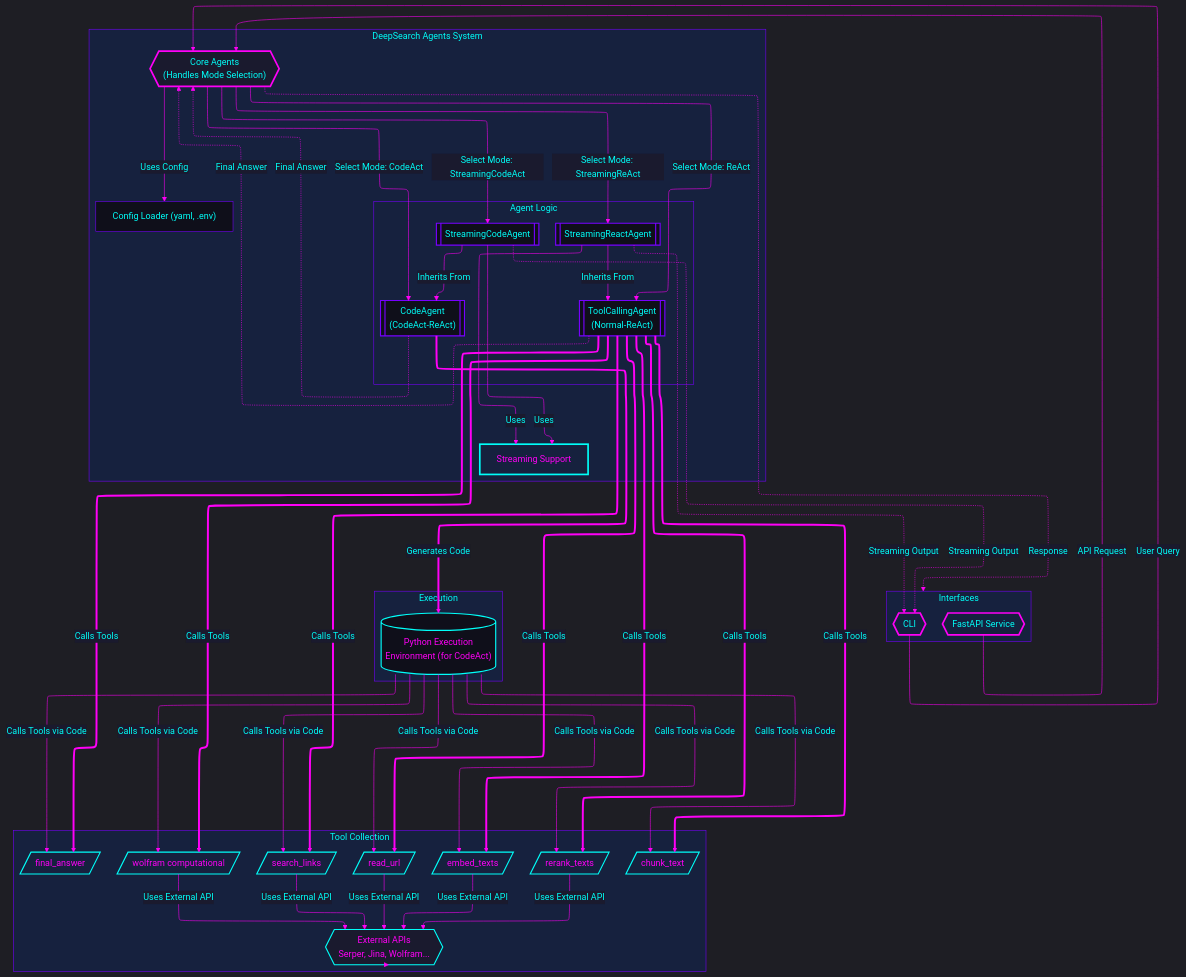
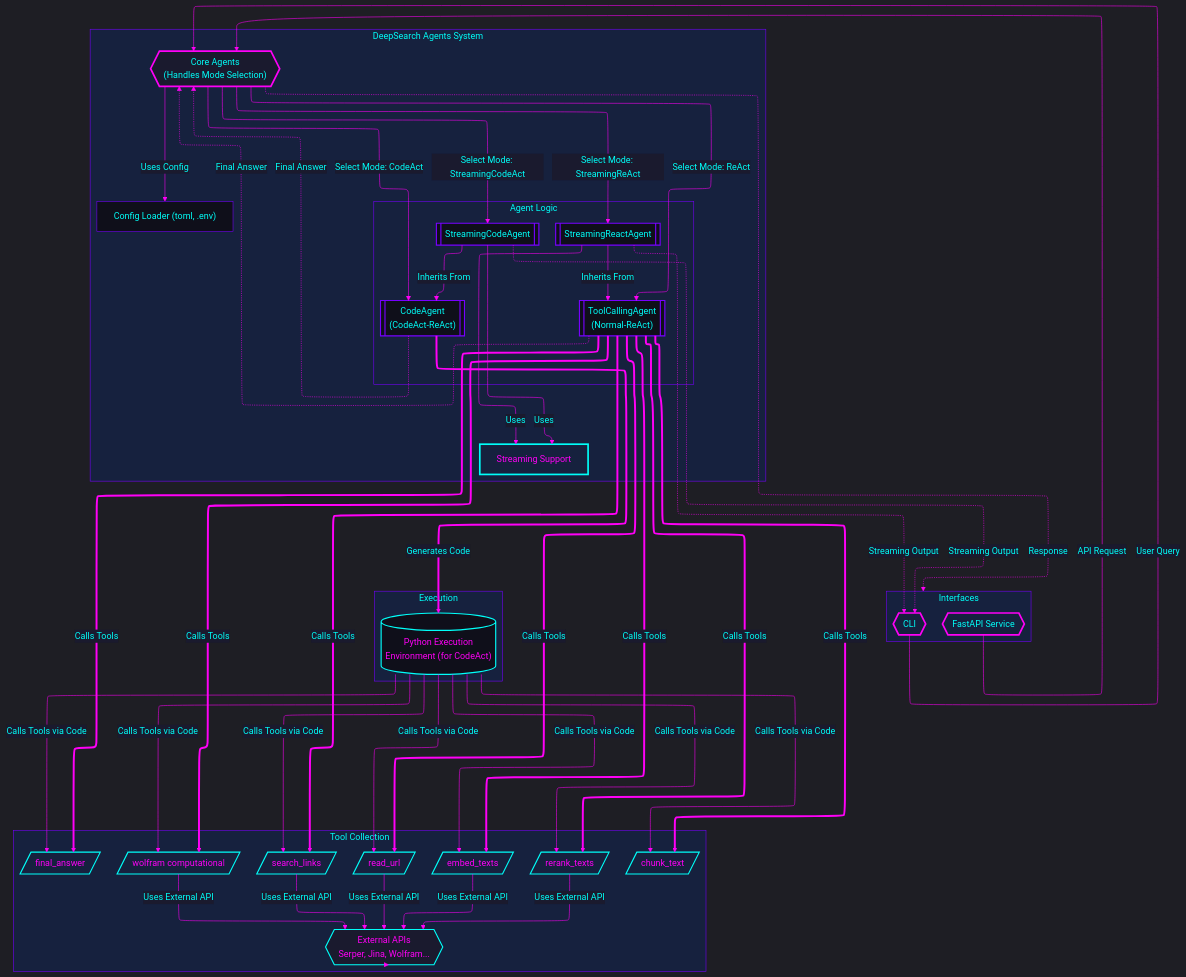
The diagram in README_Zh.md (lwyBZss8924d/DeepSearchAgents), drawn with Mermaid before and after one commit. The commit also changed other lines of this file and 6 other files, not shown here.

Commit message:
docs: switch configuration references to config.toml

```diff
--- a/README_Zh.md
+++ b/README_Zh.md
@@ -229,7 +229,7 @@
         direction TB
         CoreAgents{{"Core Agents
 (Handles Mode Selection)"}}
-        ConfigLoader["Config Loader (yaml, .env)"]
+        ConfigLoader["Config Loader (toml, .env)"]
         StreamingSupport["Streaming Support"]
         subgraph Agents["Agent Logic"]
             direction LR
```
